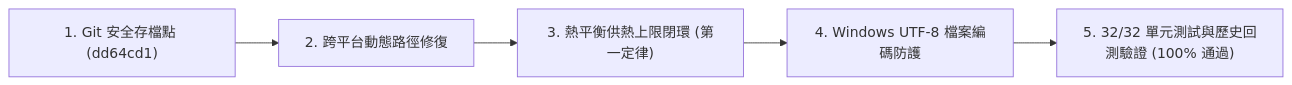
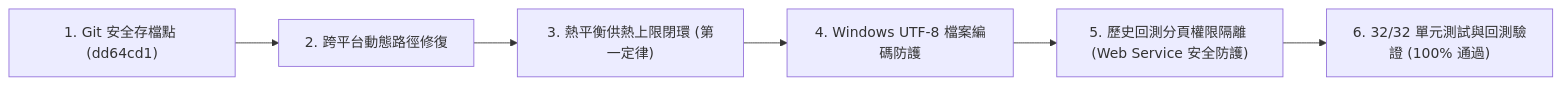
Before and after one commit to wdhsieh99-mactone/melter-optimizer: the diagram in agy/walkthrough.md, drawn with Mermaid. The commit also changed other lines of this file, not shown here.

Commit message:
docs: update walkthrough with permission isolation and web service details

````diff
--- a/agy/walkthrough.md
+++ b/agy/walkthrough.md
@@ -7,7 +7,8 @@
 ```mermaid
 graph LR
     GitSave["1. Git 安全存檔點 (dd64cd1)"] --> FixPath["2. 跨平台動態路徑修復"]
     FixPath --> FixPhys["3. 熱平衡供熱上限閉環 (第一定律)"]
     FixPhys --> FixEnc["4. Windows UTF-8 檔案編碼防護"]
-    FixEnc --> Verify["5. 32/32 單元測試與歷史回測驗證 (100% 通過)"]
+    FixEnc --> Auth["5. 歷史回測分頁權限隔離 (Web Service 安全防護)"]
+    Auth --> Verify["6. 32/32 單元測試與回測驗證 (100% 通過)"]
 ```
````
